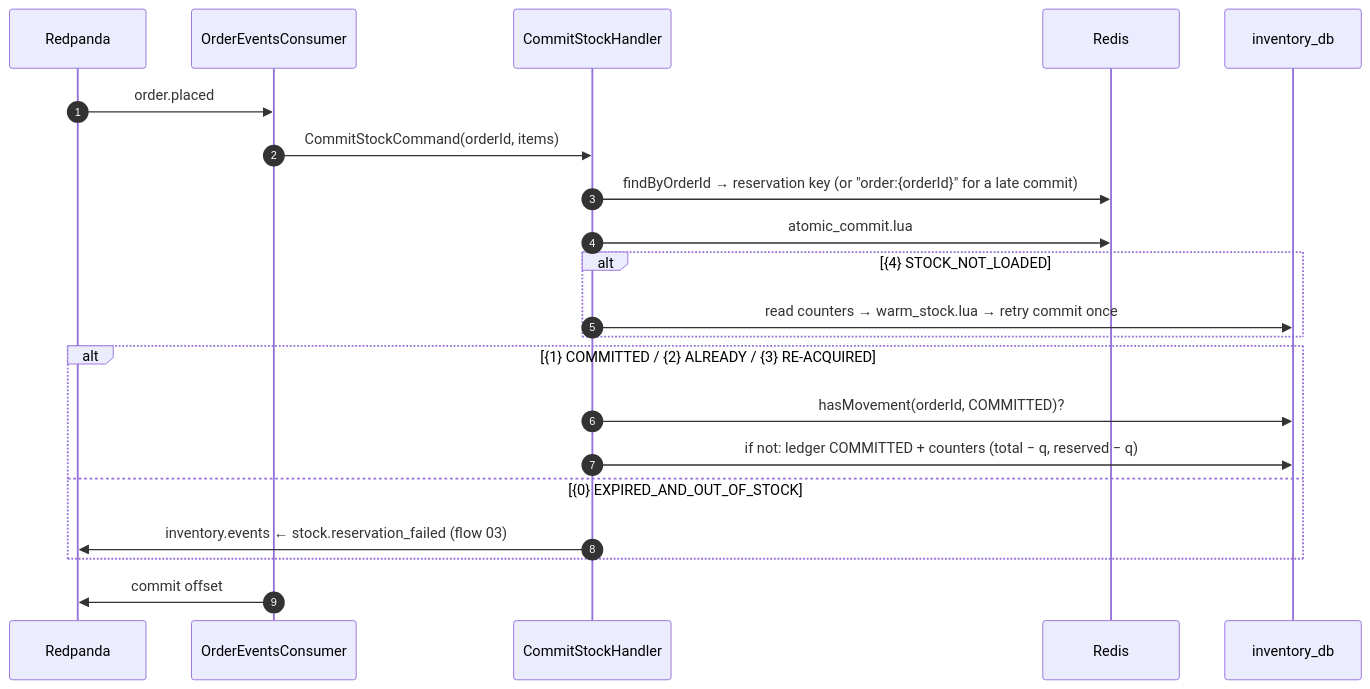
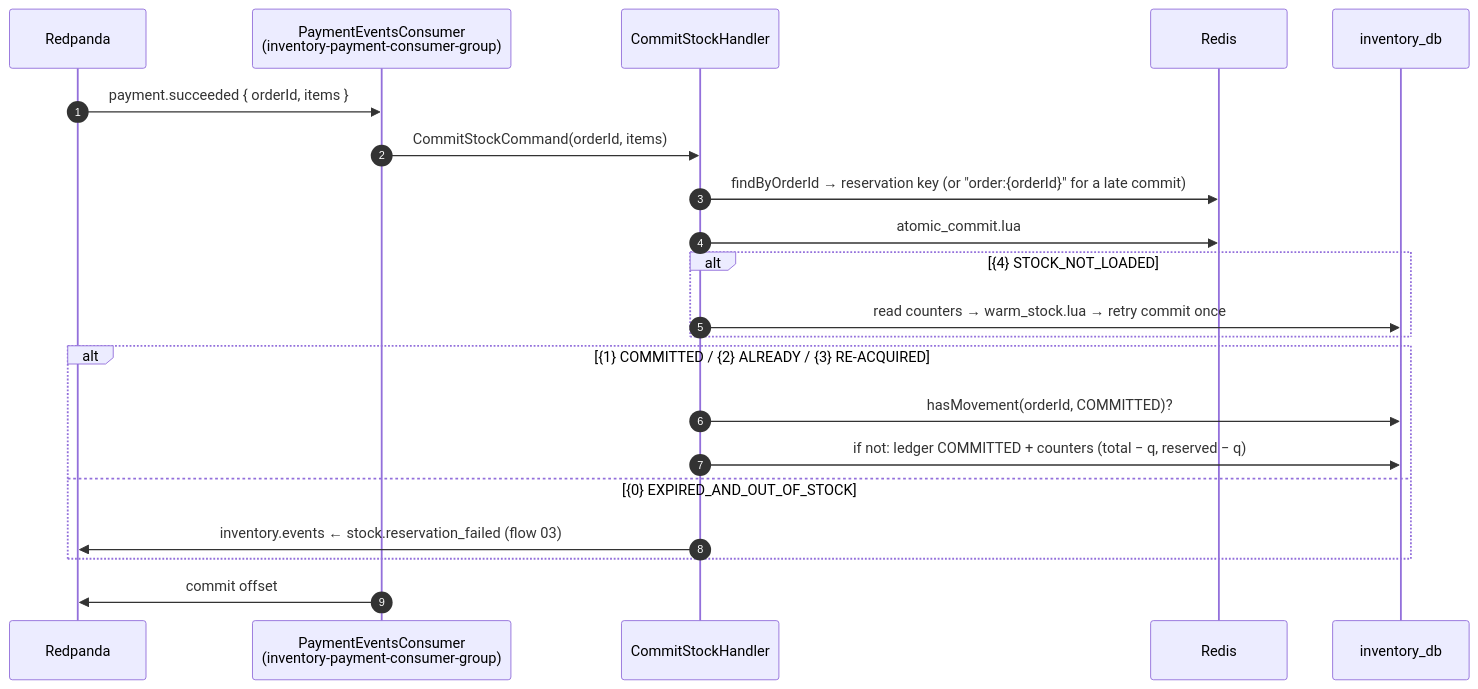
One commit to NamCaoDev/nestjs-ecommerce changed the diagram in docs/message-flows/diagrams/02-commit-stock/03-sequence-commit-inventory-service.mmd. Above: the diagram before and after it, drawn with Mermaid. The commit also changed 330 other files, not shown here.

```diff
--- a/docs/message-flows/diagrams/02-commit-stock/03-sequence-commit-inventory-service.mmd
+++ b/docs/message-flows/diagrams/02-commit-stock/03-sequence-commit-inventory-service.mmd
@@ -1,21 +1,21 @@
 sequenceDiagram
   autonumber
   participant K as Redpanda
-  participant CON as OrderEventsConsumer
+  participant CON as PaymentEventsConsumer<br/>(inventory-payment-consumer-group)
   participant H as CommitStockHandler
   participant R as Redis
   participant DB as inventory_db
-  K->>CON: order.placed
+  K->>CON: payment.succeeded { orderId, items }
   CON->>H: CommitStockCommand(orderId, items)
   H->>R: findByOrderId → reservation key (or "order:{orderId}" for a late commit)
   H->>R: atomic_commit.lua
   alt {4} STOCK_NOT_LOADED
     H->>DB: read counters → warm_stock.lua → retry commit once
   end
   alt {1} COMMITTED / {2} ALREADY / {3} RE-ACQUIRED
     H->>DB: hasMovement(orderId, COMMITTED)?
     H->>DB: if not: ledger COMMITTED + counters (total − q, reserved − q)
   else {0} EXPIRED_AND_OUT_OF_STOCK
     H->>K: inventory.events ← stock.reservation_failed (flow 03)
   end
   CON->>K: commit offset
```
